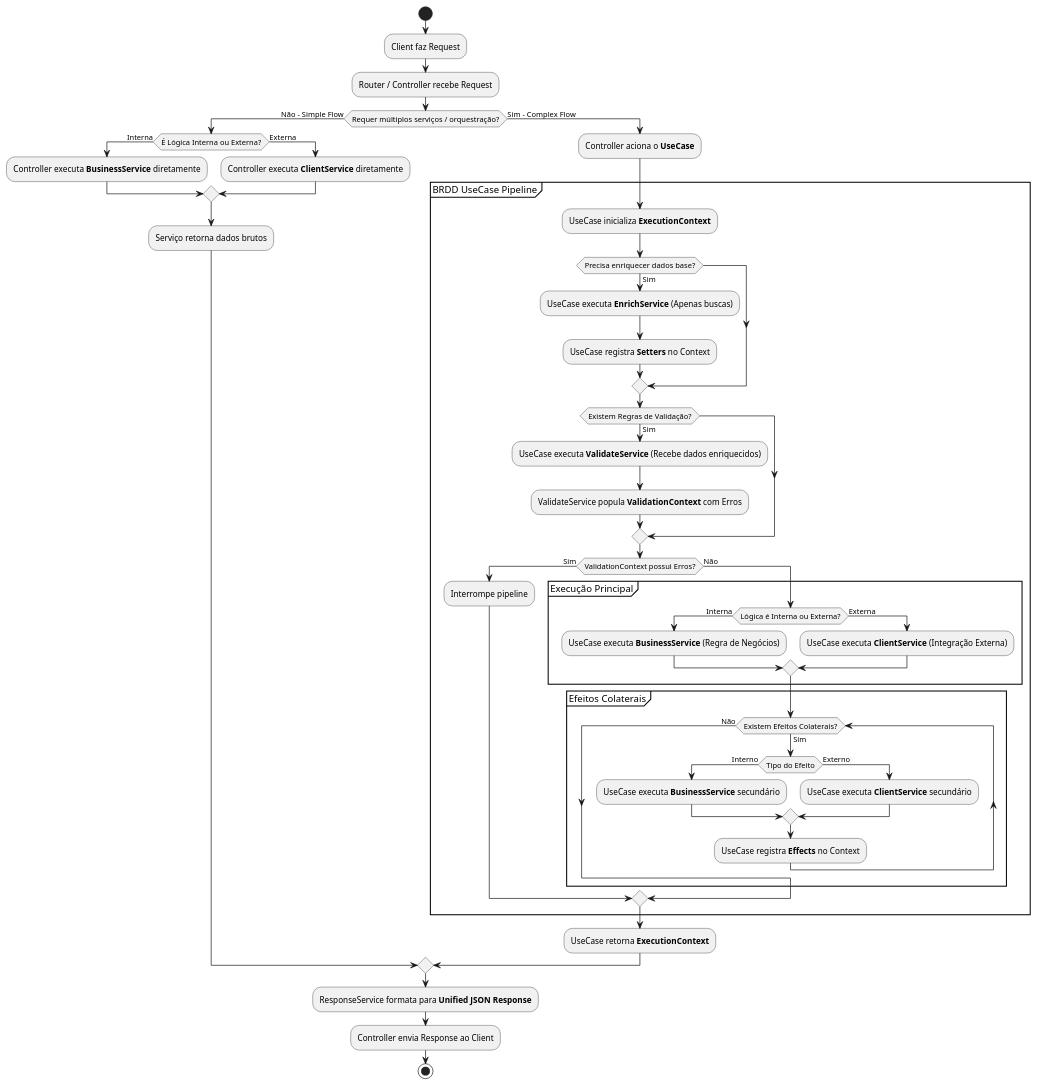
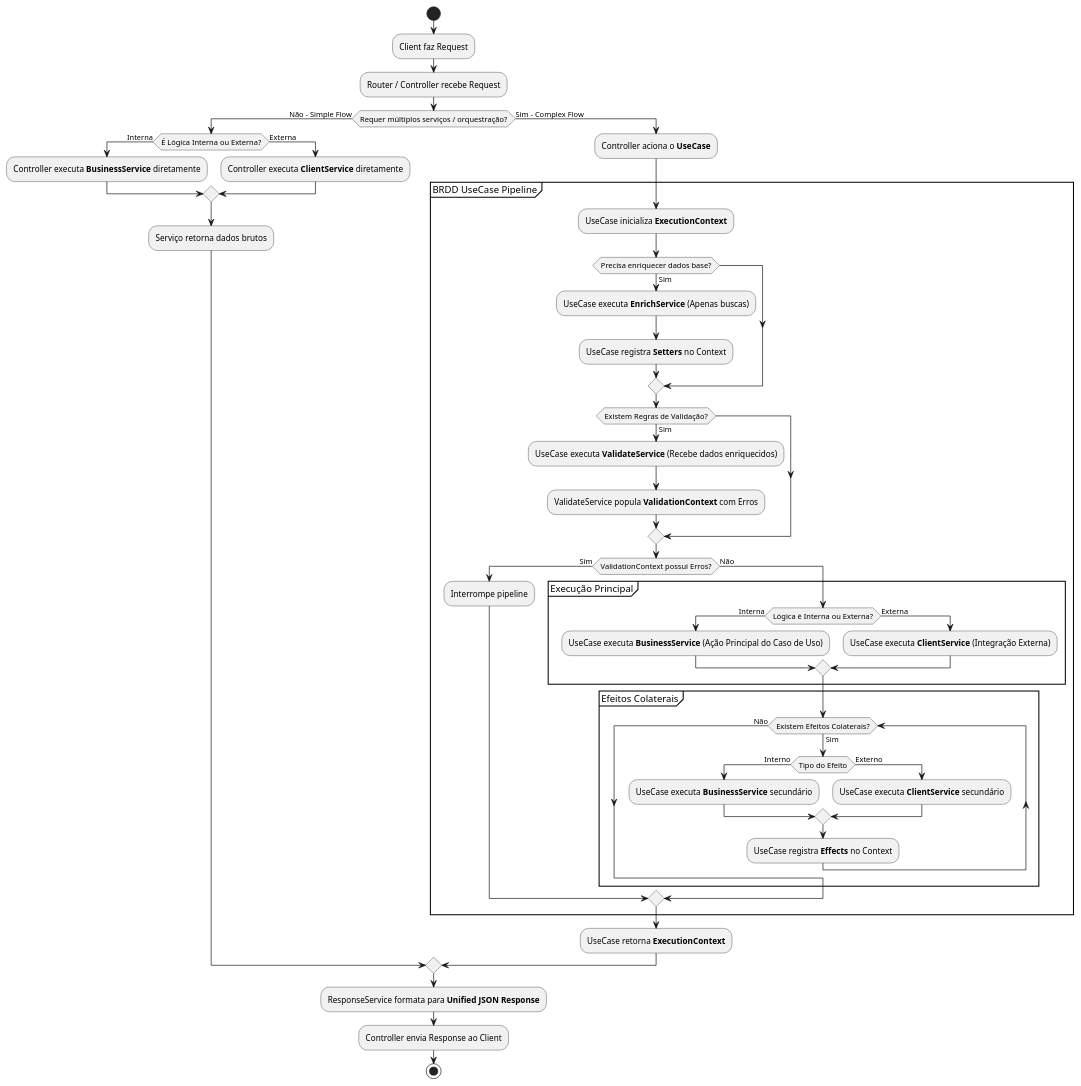
One commit to brdd-design/brdd-design.github.io changed the diagram in diagrams/02-core-sync-flow.puml. Above: the diagram before and after it, drawn with PlantUML. The commit also changed 5 other files, not shown here.

Commit message:
chore(docs): standardize terminology UseCase vs Business Rule

```diff
--- a/diagrams/02-core-sync-flow.puml
+++ b/diagrams/02-core-sync-flow.puml
@@ -1,61 +1,61 @@
 @startuml Core_Sync_Flow
 
 start
 :Client faz Request;
 :Router / Controller recebe Request;
 
 if (Requer múltiplos serviços / orquestração?) then (Não - Simple Flow)
   if (É Lógica Interna ou Externa?) then (Interna)
     :Controller executa **BusinessService** diretamente;
   else (Externa)
     :Controller executa **ClientService** diretamente;
   endif
   :Serviço retorna dados brutos;
 else (Sim - Complex Flow)
   :Controller aciona o **UseCase**;
 
   partition "BRDD UseCase Pipeline" {
     :UseCase inicializa **ExecutionContext**;
     
     if (Precisa enriquecer dados base?) then (Sim)
       :UseCase executa **EnrichService** (Apenas buscas);
       :UseCase registra **Setters** no Context;
     endif
 
     if (Existem Regras de Validação?) then (Sim)
       :UseCase executa **ValidateService** (Recebe dados enriquecidos);
       :ValidateService popula **ValidationContext** com Erros;
     endif
 
     if (ValidationContext possui Erros?) then (Sim)
       :Interrompe pipeline;
     else (Não)
       partition "Execução Principal" {
         if (Lógica é Interna ou Externa?) then (Interna)
-          :UseCase executa **BusinessService** (Regra de Negócios);
+          :UseCase executa **BusinessService** (Ação Principal do Caso de Uso);
         else (Externa)
           :UseCase executa **ClientService** (Integração Externa);
         endif
       }
 
       partition "Efeitos Colaterais" {
         while (Existem Efeitos Colaterais?) is (Sim)
           if (Tipo do Efeito) then (Interno)
             :UseCase executa **BusinessService** secundário;
           else (Externo)
             :UseCase executa **ClientService** secundário;
           endif
           :UseCase registra **Effects** no Context;
         endwhile (Não)
       }
     endif
   }
   :UseCase retorna **ExecutionContext**;
 endif
 
 :ResponseService formata para **Unified JSON Response**;
 :Controller envia Response ao Client;
 
 stop
 
 @enduml
```
